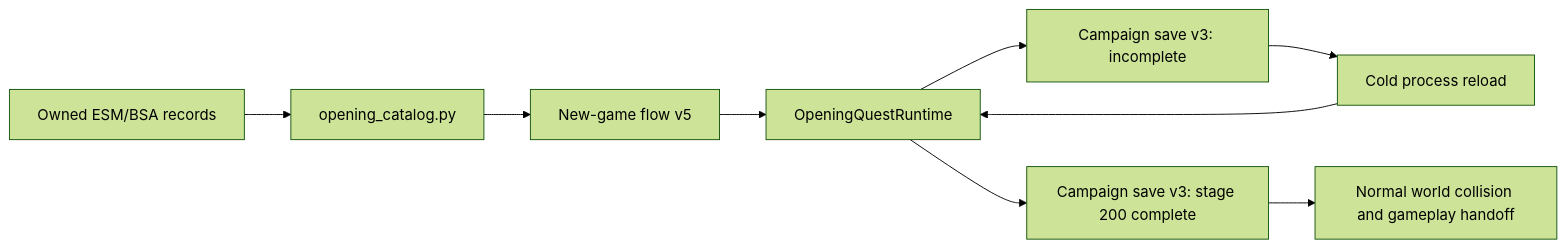
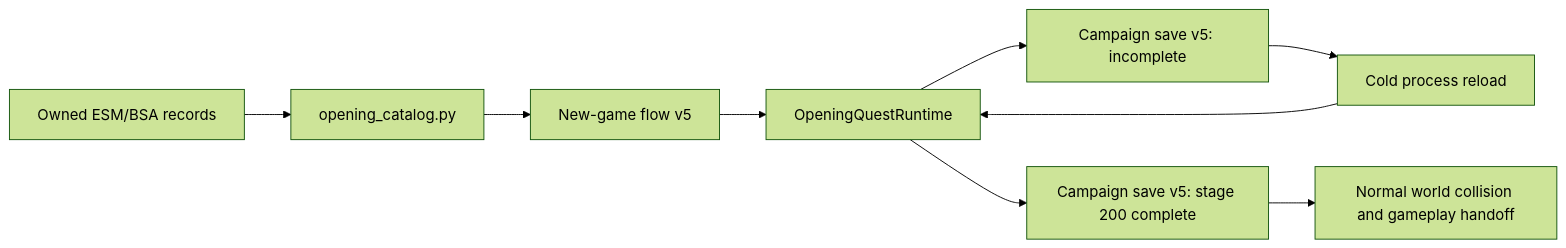
Before and after one commit to nikamigaming-create/OpenNV: the fifth of 6 diagrams in docs/architecture.md, drawn with Mermaid (forest theme). The commit also changed other lines of this file and 31 other files, not shown here.

````diff
--- a/docs/architecture.md
+++ b/docs/architecture.md
@@ -177,11 +180,11 @@
 ```mermaid
 flowchart LR
     Owned[Owned ESM/BSA records] --> Compiler[opening_catalog.py]
     Compiler --> Flow[New-game flow v5]
     Flow --> Interpreter[OpeningQuestRuntime]
-    Interpreter --> Checkpoint[Campaign save v3: incomplete]
+    Interpreter --> Checkpoint[Campaign save v5: incomplete]
     Checkpoint --> Reload[Cold process reload]
     Reload --> Interpreter
-    Interpreter --> Complete[Campaign save v3: stage 200 complete]
+    Interpreter --> Complete[Campaign save v5: stage 200 complete]
     Complete --> World[Normal world collision and gameplay handoff]
 ```
````
